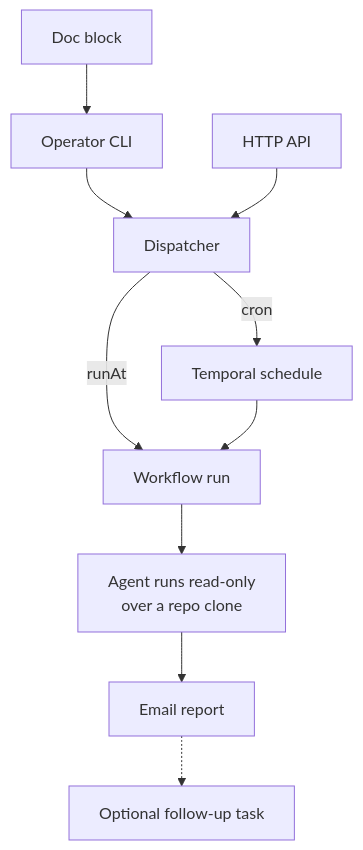
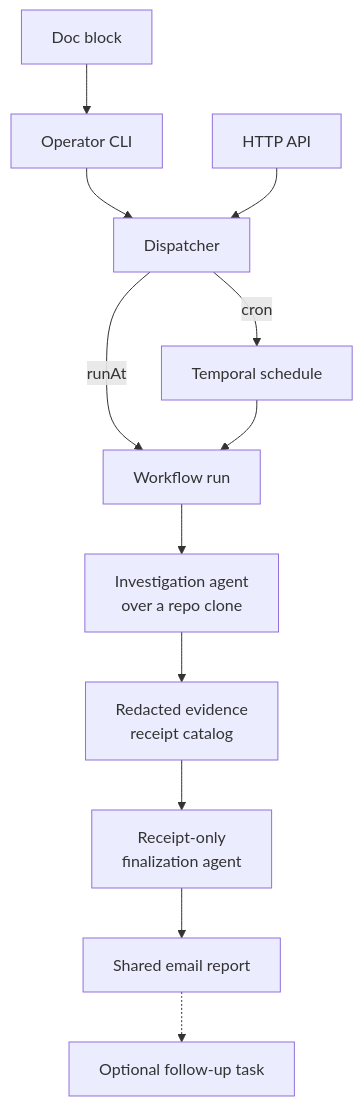
The diagram in packages/docs/wiki/src/content/docs/explanation/temporal/agent-task-boundary.md (shepherdjerred/monorepo), drawn with Mermaid before and after one commit. The commit also changed other lines of this file and 134 other files, not shown here.

````diff
--- a/packages/docs/wiki/src/content/docs/explanation/temporal/agent-task-boundary.md
+++ b/packages/docs/wiki/src/content/docs/explanation/temporal/agent-task-boundary.md
@@ -14,15 +14,17 @@
 ```mermaid
 flowchart TD
   accTitle: Agent task lifecycle
-  accDescr: A doc block via the operator CLI, or the authenticated HTTP API, submits a task to one dispatcher, which either upserts a cron schedule or starts a one-off workflow. The workflow runs the agent read-only over a repo clone, emails the report, and may dispatch one follow-up.
+  accDescr: A doc block via the operator CLI, or the authenticated HTTP API, submits a task to one dispatcher, which either upserts a cron schedule or starts a one-off workflow. The workflow investigates over a repo clone, captures redacted evidence receipts, finalizes only from that catalog, sends a shared report, and may dispatch one follow-up.
 
   B[Doc block] --> CLI[Operator CLI]
   CLI --> DIS[Dispatcher]
   API[HTTP API] --> DIS
   DIS -->|cron| SCH[Temporal schedule]
   DIS -->|runAt| WF[Workflow run]
   SCH --> WF
-  WF --> R[Agent runs read-only<br>over a repo clone]
-  R --> E[Email report]
+  WF --> I[Investigation agent<br>over a repo clone]
+  I --> R[Redacted evidence<br>receipt catalog]
+  R --> FNL[Receipt-only<br>finalization agent]
+  FNL --> E[Shared email report]
   E -.-> F[Optional follow-up task]
 ```
````
